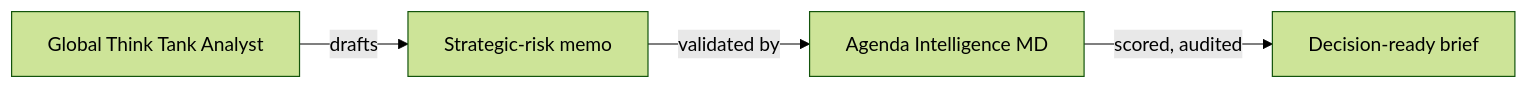
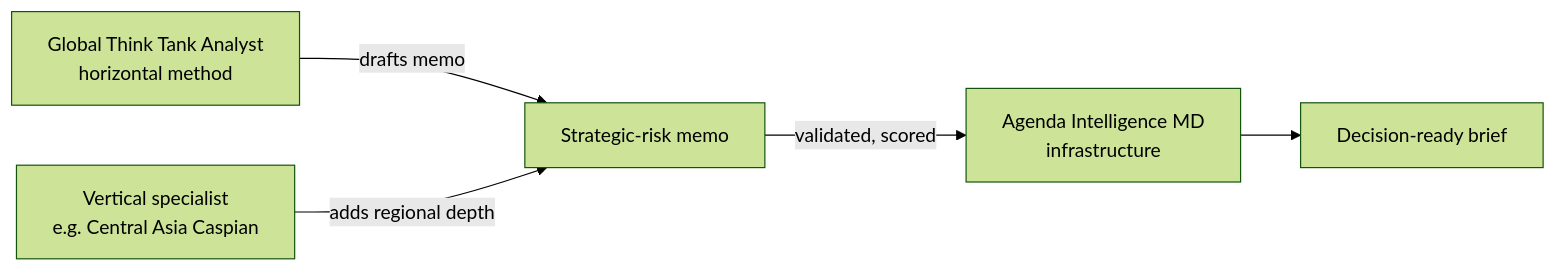
One commit to vassiliylakhonin/global-think-tank-analyst changed the diagram in README.md. Above: the diagram before and after it, drawn with Mermaid (forest theme). The commit also changed other lines of this file and 2 other files, not shown here.

````diff
--- a/README.md
+++ b/README.md
@@ -47,6 +46,7 @@
 ```mermaid
 flowchart LR
-    A[Global Think Tank Analyst] -->|drafts| B[Strategic-risk memo]
-    B -->|validated by| C[Agenda Intelligence MD]
-    C -->|scored, audited| D[Decision-ready brief]
+    A[Global Think Tank Analyst<br/>horizontal method] -->|drafts memo| D[Strategic-risk memo]
+    V[Vertical specialist<br/>e.g. Central Asia Caspian] -->|adds regional depth| D
+    D -->|validated, scored| C[Agenda Intelligence MD<br/>infrastructure]
+    C --> O[Decision-ready brief]
 ```
````
